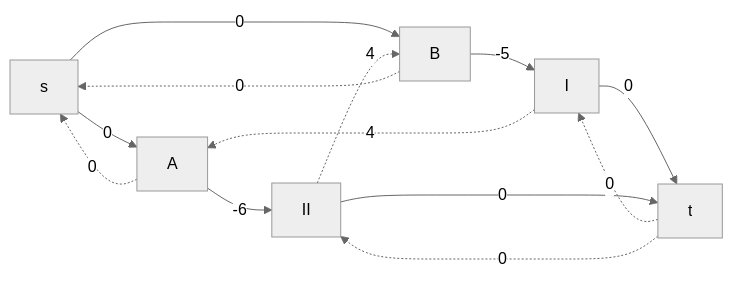
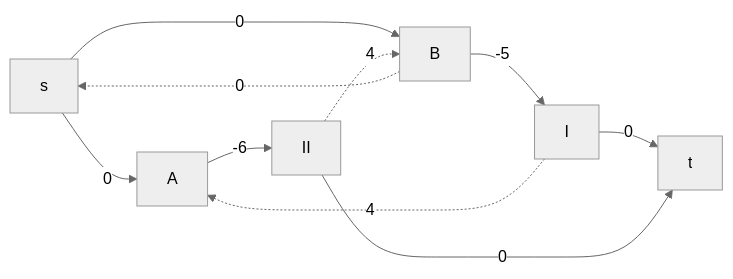
The fourth of 8 diagrams in task-11-plus/tbd.md (hse-algo-24-raven/manual-tasks-raven), drawn with Mermaid (neutral theme) before and after one commit. The commit also changed other lines of this file, not shown here.

````diff
--- a/task-11-plus/tbd.md
+++ b/task-11-plus/tbd.md
@@ -57,15 +58,12 @@
 ```mermaid
 graph LR
     s-->|0|A
-    A-.->|0|s
     s-->|0|B
     B-.->|0|s
     A-->|-6|II
     I-.->|4|A
     B-->|-5|I
     II-.->|4|B
     I-->|0|t
-    t-.->|0|I
     II-->|0|t
-    t-.->|0|II
 ```
````
